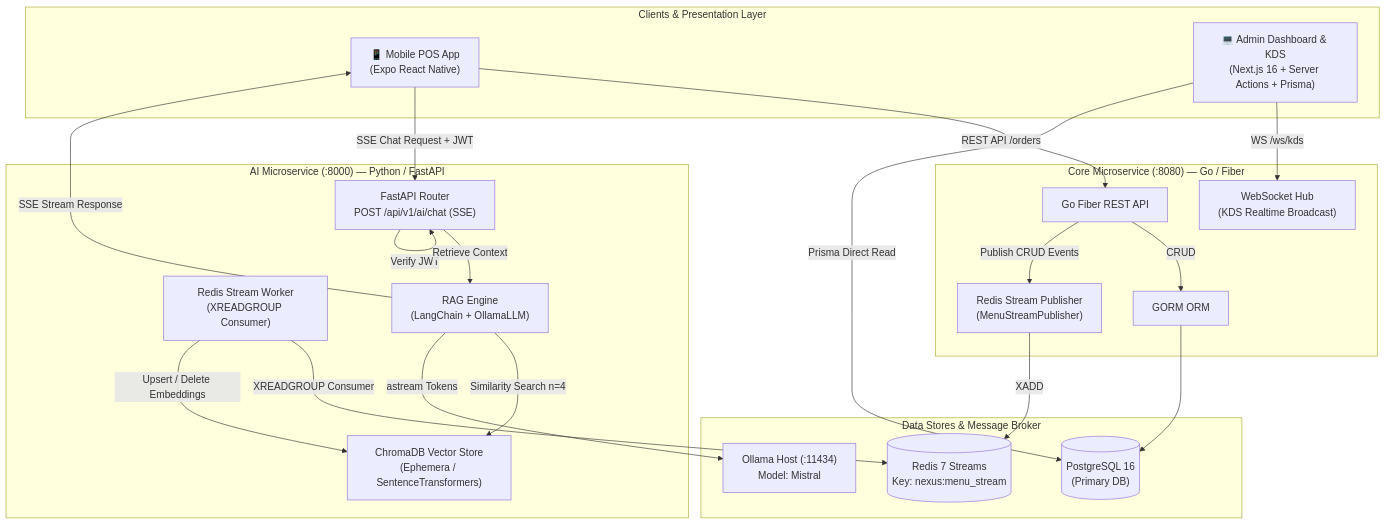
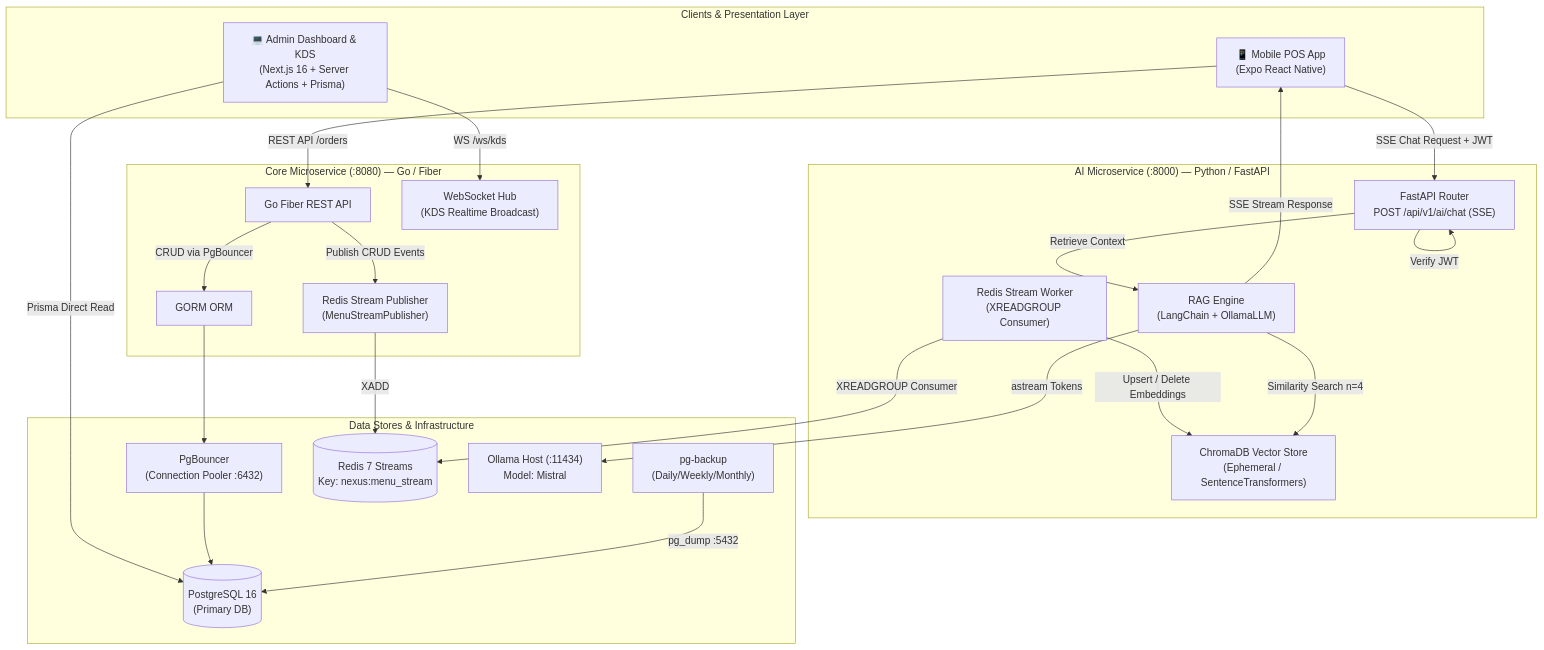
One commit to Nandapratama716/Nexus changed the diagram in README.md. Above: the diagram before and after it, drawn with Mermaid. The commit also changed other lines of this file and 3 other files, not shown here.

````diff
--- a/README.md
+++ b/README.md
@@ -51,46 +56,49 @@
 ```mermaid
 flowchart TD
     subgraph Presentation["Clients & Presentation Layer"]
         Mobile["📱 Mobile POS App\n(Expo React Native)"]
         Admin["💻 Admin Dashboard & KDS\n(Next.js 16 + Server Actions + Prisma)"]
     end
 
     subgraph CoreBackend["Core Microservice (:8080) — Go / Fiber"]
         Fiber["Go Fiber REST API"]
         WSHub["WebSocket Hub\n(KDS Realtime Broadcast)"]
         Publisher["Redis Stream Publisher\n(MenuStreamPublisher)"]
         GORM["GORM ORM"]
     end
 
     subgraph AIBackend["AI Microservice (:8000) — Python / FastAPI"]
         FastAPI["FastAPI Router\nPOST /api/v1/ai/chat (SSE)"]
         RAG["RAG Engine\n(LangChain + OllamaLLM)"]
-        Chroma["ChromaDB Vector Store\n(Ephemera / SentenceTransformers)"]
+        Chroma["ChromaDB Vector Store\n(Ephemeral / SentenceTransformers)"]
         Worker["Redis Stream Worker\n(XREADGROUP Consumer)"]
     end
 
-    subgraph Storage["Data Stores & Message Broker"]
+    subgraph Storage["Data Stores & Infrastructure"]
         PG[("PostgreSQL 16\n(Primary DB)")]
+        PgBouncer["PgBouncer\n(Connection Pooler :6432)"]
+        PgBackup["pg-backup\n(Daily/Weekly/Monthly)"]
         Redis[("Redis 7 Streams\nKey: nexus:menu_stream")]
         Ollama["Ollama Host (:11434)\nModel: Mistral"]
     end
 
     %% Client Interactions
     Mobile -->|REST API /orders| Fiber
     Mobile -->|SSE Chat Request + JWT| FastAPI
     Admin -->|WS /ws/kds| WSHub
     Admin -->|Prisma Direct Read| PG
 
     %% Core Service Interactions
-    Fiber -->|CRUD| GORM --> PG
+    Fiber -->|CRUD via PgBouncer| GORM --> PgBouncer --> PG
     Fiber -->|Publish CRUD Events| Publisher -->|XADD| Redis
+    PgBackup -->|pg_dump :5432| PG
 
     %% AI Service Interactions
     Worker -->|XREADGROUP Consumer| Redis
     Worker -->|Upsert / Delete Embeddings| Chroma
     FastAPI -->|Verify JWT| FastAPI
     FastAPI -->|Retrieve Context| RAG
     RAG -->|Similarity Search n=4| Chroma
     RAG -->|astream Tokens| Ollama
     RAG -->|SSE Stream Response| Mobile
 ```
````
